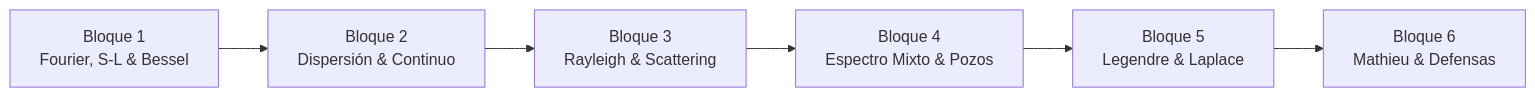
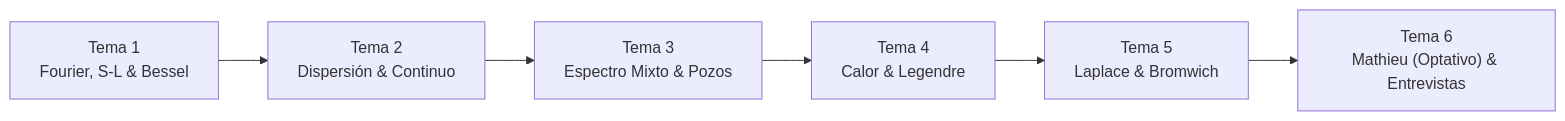
Before and after one commit to razamoraz/MAFisica_2027_1: the diagram in index.md, drawn with Mermaid. The commit also changed other lines of this file and 8 other files, not shown here.

````diff
--- a/index.md
+++ b/index.md
@@ -26,8 +26,8 @@
 ```mermaid
 graph LR
-    B1["Bloque 1<br>Fourier, S-L & Bessel"] --> B2["Bloque 2<br>Dispersión & Continuo"]
-    B2 --> B3["Bloque 3<br>Rayleigh & Scattering"]
-    B3 --> B4["Bloque 4<br>Espectro Mixto & Pozos"]
-    B4 --> B5["Bloque 5<br>Legendre & Laplace"]
-    B5 --> B6["Bloque 6<br>Mathieu & Defensas"]
+    B1["Tema 1<br>Fourier, S-L & Bessel"] --> B2["Tema 2<br>Dispersión & Continuo"]
+    B2 --> B3["Tema 3<br>Espectro Mixto & Pozos"]
+    B3 --> B4["Tema 4<br>Calor & Legendre"]
+    B4 --> B5["Tema 5<br>Laplace & Bromwich"]
+    B5 --> B6["Tema 6<br>Mathieu (Optativo) & Entrevistas"]
 ```
````
